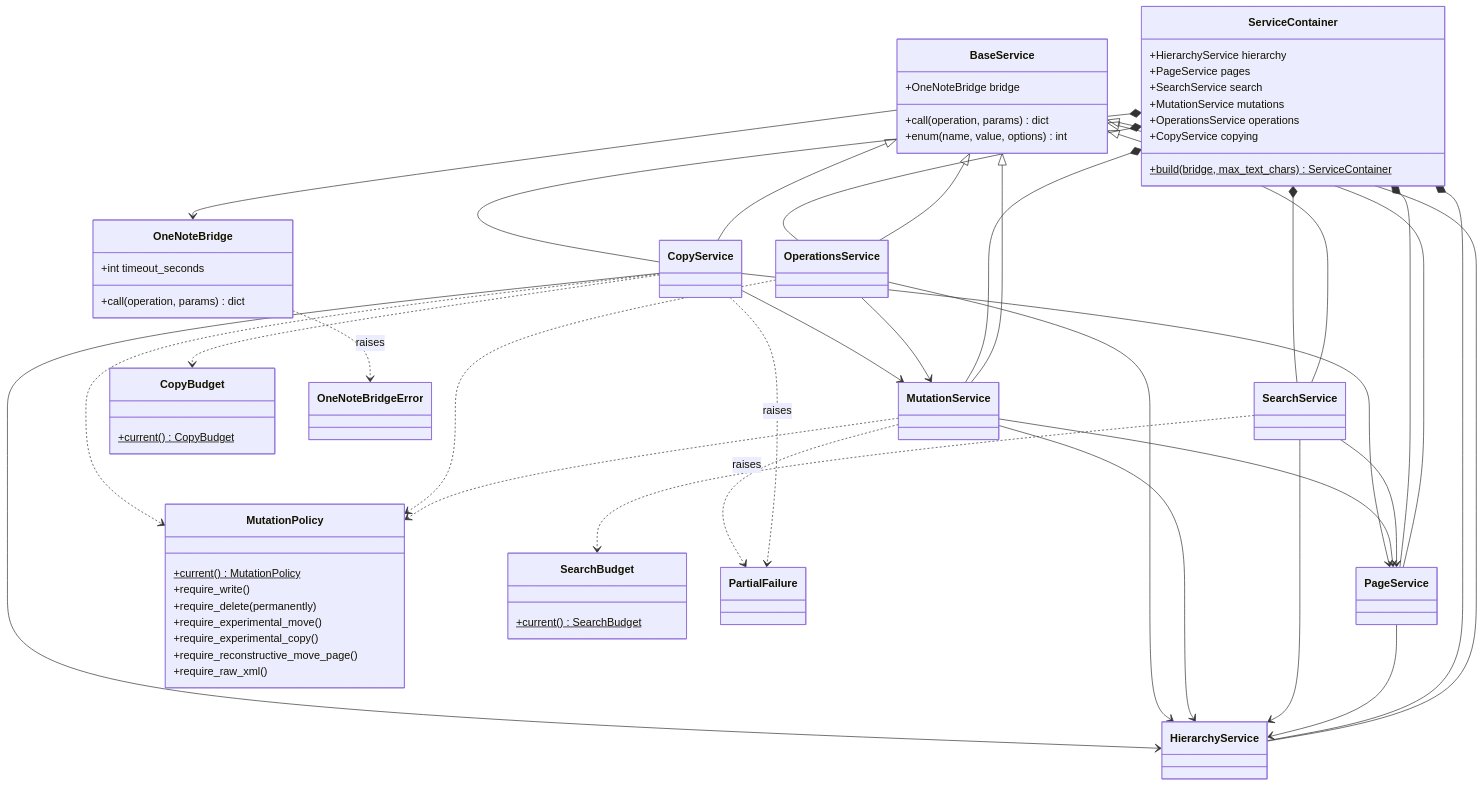
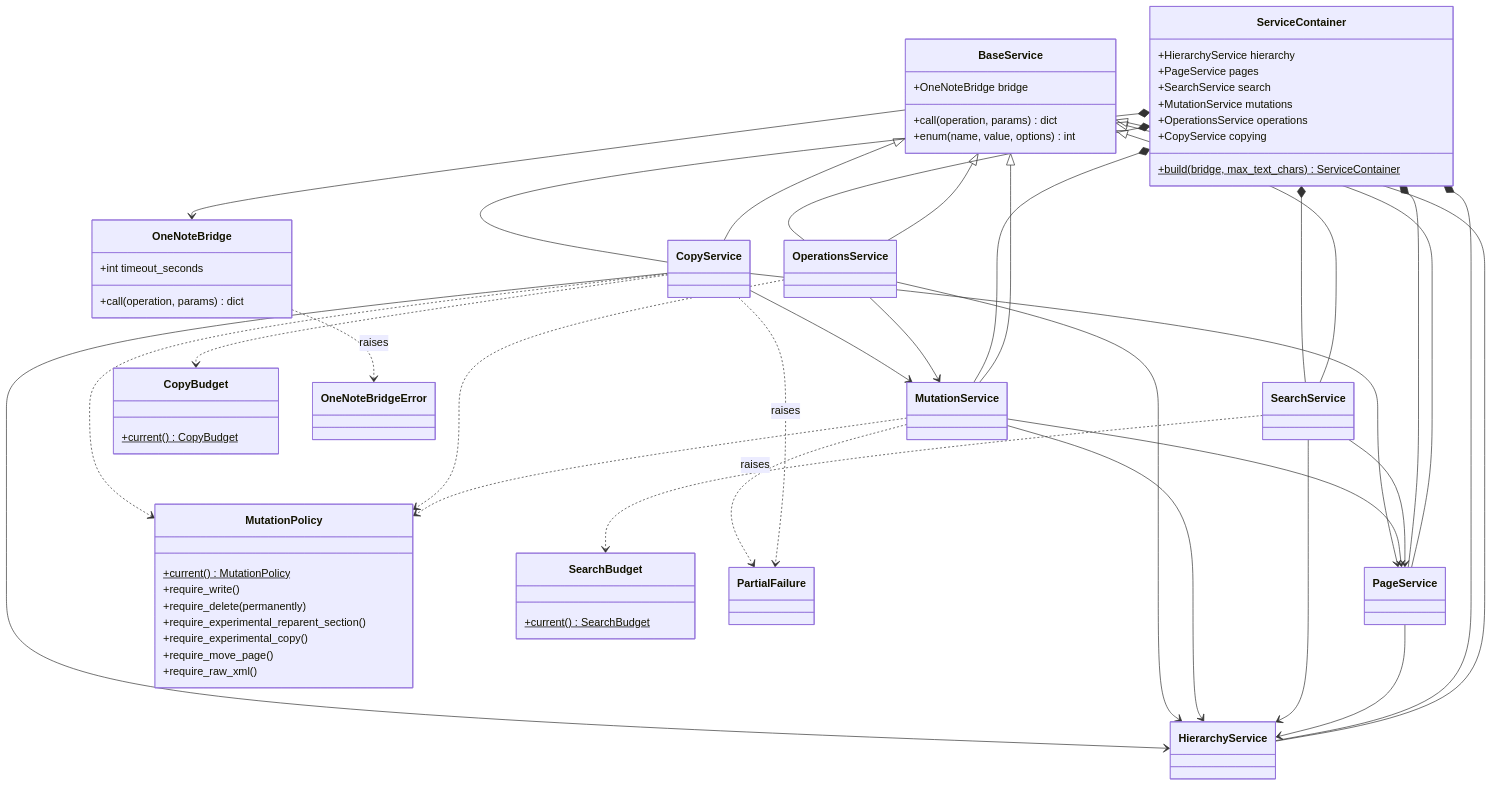
Before and after one commit to Kaomsos/onenote-com-mcp: the second of 6 diagrams in docs/design/architecture.md, drawn with Mermaid. The commit also changed other lines of this file and 11 other files, not shown here.

````diff
--- a/docs/design/architecture.md
+++ b/docs/design/architecture.md
@@ -96,76 +96,76 @@
 ```mermaid
 classDiagram
     class ServiceContainer {
         +HierarchyService hierarchy
         +PageService pages
         +SearchService search
         +MutationService mutations
         +OperationsService operations
         +CopyService copying
         +build(bridge, max_text_chars)$ ServiceContainer
     }
     class BaseService {
         +OneNoteBridge bridge
         +call(operation, params) dict
         +enum(name, value, options) int
     }
     class HierarchyService
     class PageService
     class SearchService
     class MutationService
     class OperationsService
     class CopyService
     class OneNoteBridge {
         +int timeout_seconds
         +call(operation, params) dict
     }
     class MutationPolicy {
         +current()$ MutationPolicy
         +require_write()
         +require_delete(permanently)
-        +require_experimental_move()
+        +require_experimental_reparent_section()
         +require_experimental_copy()
-        +require_reconstructive_move_page()
+        +require_move_page()
         +require_raw_xml()
     }
     class SearchBudget {
         +current()$ SearchBudget
     }
     class CopyBudget {
         +current()$ CopyBudget
     }
     class PartialFailure
     class OneNoteBridgeError
 
     BaseService <|-- HierarchyService
     BaseService <|-- PageService
     BaseService <|-- SearchService
     BaseService <|-- MutationService
     BaseService <|-- OperationsService
     BaseService <|-- CopyService
     ServiceContainer *-- HierarchyService
     ServiceContainer *-- PageService
     ServiceContainer *-- SearchService
     ServiceContainer *-- MutationService
     ServiceContainer *-- OperationsService
     ServiceContainer *-- CopyService
     PageService --> HierarchyService
     SearchService --> HierarchyService
     SearchService --> PageService
     MutationService --> HierarchyService
     MutationService --> PageService
     OperationsService --> HierarchyService
     OperationsService --> MutationService
     CopyService --> HierarchyService
     CopyService --> PageService
     CopyService --> MutationService
     BaseService --> OneNoteBridge
     MutationService ..> MutationPolicy
     OperationsService ..> MutationPolicy
     SearchService ..> SearchBudget
     CopyService ..> MutationPolicy
     CopyService ..> CopyBudget
     CopyService ..> PartialFailure : raises
     MutationService ..> PartialFailure : raises
     OneNoteBridge ..> OneNoteBridgeError : raises
 ```
````
